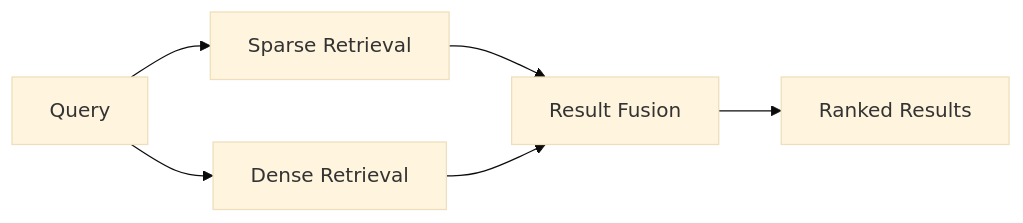
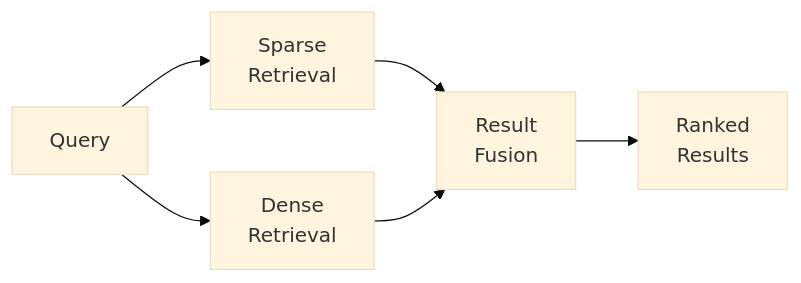
One commit to MihirKJha/enterprise-ai-blog changed the tenth of 14 diagrams in docs/architecture-insights/genai-and-rag/3.4_engineering_hybrid_retrieval_sparse_dense.md. Above: the diagram before and after it, drawn with Mermaid (base theme). The commit also changed other lines of this file, not shown here.

First line of the commit message:
Updated 3.5_architecting_multi_stage_retrieval_from_recall_to_precision.md

````diff
--- a/docs/architecture-insights/genai-and-rag/3.4_engineering_hybrid_retrieval_sparse_dense.md
+++ b/docs/architecture-insights/genai-and-rag/3.4_engineering_hybrid_retrieval_sparse_dense.md
@@ -399,8 +399,8 @@
 ```mermaid
 graph LR
-    Q[Query] --> S[Sparse Retrieval]
-    Q --> D[Dense Retrieval]
-    S --> F[Result Fusion]
+    Q[Query] --> S[Sparse<br/>Retrieval]
+    Q --> D[Dense<br/>Retrieval]
+    S --> F[Result<br/>Fusion]
     D --> F
-    F --> R[Ranked Results]
+    F --> R[Ranked<br/>Results]
 ```
````
